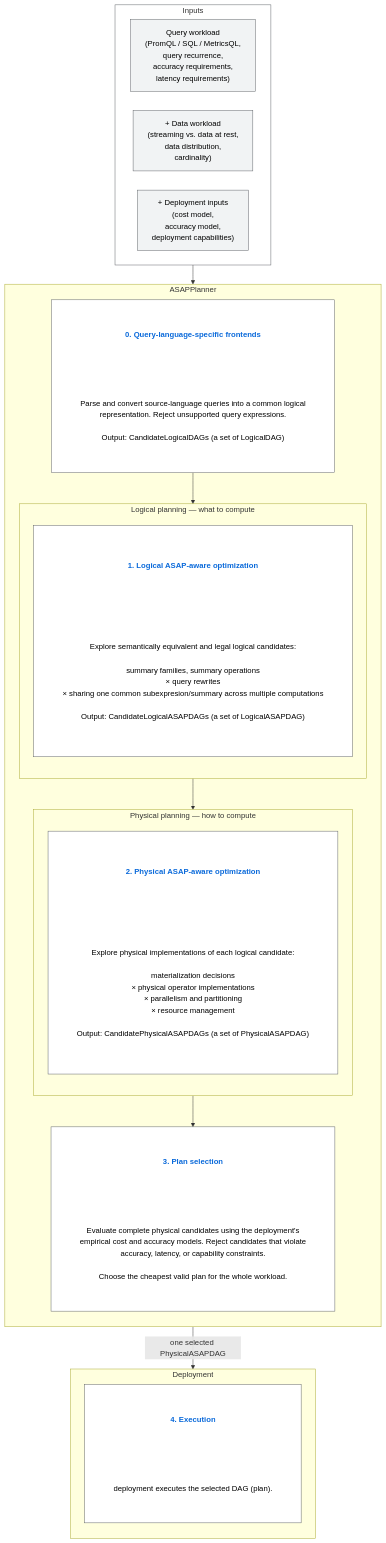
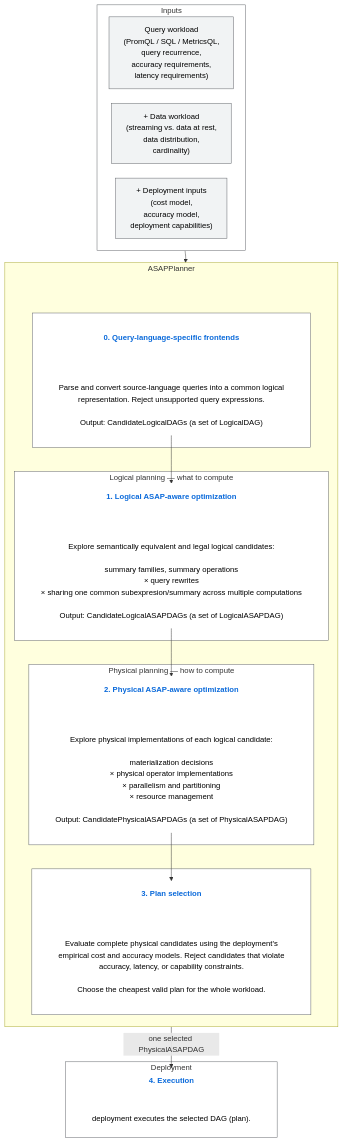
The first of 11 diagrams in docs/design_docs/proposals/planner-layering.md (ProjectASAP/ASAPPlanner), drawn with Mermaid before and after one commit.

Commit message:
docs: put the overview figure's Inputs box on top with its three inputs side by side

````diff
--- a/docs/design_docs/proposals/planner-layering.md
+++ b/docs/design_docs/proposals/planner-layering.md
@@ -186,78 +186,72 @@
 ```mermaid
-%%{init: {"flowchart": {"wrappingWidth": 900, "nodeSpacing": 40, "rankSpacing": 40}}}%%
+%%{init: {"flowchart": {"wrappingWidth": 900, "nodeSpacing": 30, "rankSpacing": 25}}}%%
 flowchart TB
   subgraph INPUTS["Inputs"]
     direction LR
     QW["Query workload<br/>(PromQL / SQL / MetricsQL,<br/>query recurrence,<br/>accuracy requirements,<br/>latency requirements)"]:::input
     DW["+ Data workload<br/>(streaming vs. data at rest,<br/>data distribution,<br/>cardinality)"]:::input
     DI["+ Deployment inputs<br/>(cost model,<br/>accuracy model,<br/>deployment capabilities)"]:::input
   end
 
   subgraph PLANNER["ASAPPlanner"]
     direction TB
+    TOP[" "]:::anchor
+    TOP ~~~ H0
     subgraph ST0[" "]
-      direction TB
       H0["0. Query-language-specific frontends"]:::title
       B0["Parse and convert source-language queries into a common logical<br/>representation. Reject unsupported query expressions.<br/><br/>Output: CandidateLogicalDAGs (a set of LogicalDAG)"]:::body
       H0 ~~~ B0
     end
 
     subgraph LOGICAL["Logical planning — what to compute"]
-      direction TB
-      subgraph ST1[" "]
-        direction TB
-        H1["1. Logical ASAP-aware optimization"]:::title
-        B1["Explore semantically equivalent and legal logical candidates:<br/><br/>summary families, summary operations<br/>× query rewrites<br/>× sharing one common subexpresion/summary across multiple computations<br/><br/>Output: CandidateLogicalASAPDAGs (a set of LogicalASAPDAG)"]:::body
-        H1 ~~~ B1
-      end
+      H1["1. Logical ASAP-aware optimization"]:::title
+      B1["Explore semantically equivalent and legal logical candidates:<br/><br/>summary families, summary operations<br/>× query rewrites<br/>× sharing one common subexpresion/summary across multiple computations<br/><br/>Output: CandidateLogicalASAPDAGs (a set of LogicalASAPDAG)"]:::body
+      H1 ~~~ B1
     end
 
     subgraph PHYSICAL["Physical planning — how to compute"]
-      direction TB
-      subgraph ST2[" "]
-        direction TB
-        H2["2. Physical ASAP-aware optimization"]:::title
-        B2["Explore physical implementations of each logical candidate:<br/><br/>materialization decisions<br/>× physical operator implementations<br/>× parallelism and partitioning<br/>× resource management<br/><br/>Output: CandidatePhysicalASAPDAGs (a set of PhysicalASAPDAG)"]:::body
-        H2 ~~~ B2
-      end
+      H2["2. Physical ASAP-aware optimization"]:::title
+      B2["Explore physical implementations of each logical candidate:<br/><br/>materialization decisions<br/>× physical operator implementations<br/>× parallelism and partitioning<br/>× resource management<br/><br/>Output: CandidatePhysicalASAPDAGs (a set of PhysicalASAPDAG)"]:::body
+      H2 ~~~ B2
     end
 
     subgraph ST3[" "]
-      direction TB
       H3["3. Plan selection"]:::title
       B3["Evaluate complete physical candidates using the deployment's<br/>empirical cost and accuracy models. Reject candidates that violate<br/>accuracy, latency, or capability constraints.<br/><br/>Choose the cheapest valid plan for the whole workload."]:::body
       H3 ~~~ B3
     end
 
-    ST0 --> LOGICAL --> PHYSICAL --> ST3
+    B0 --> H1
+    B1 --> H2
+    B2 --> H3
   end
 
   subgraph DEPLOY["Deployment"]
-    direction TB
-    subgraph ST4[" "]
-      direction TB
-      H4["4. Execution"]:::title
-      B4["deployment executes the selected DAG (plan)."]:::body
-      H4 ~~~ B4
-    end
+    H4["4. Execution"]:::title
+    B4["deployment executes the selected DAG (plan)."]:::body
+    H4 ~~~ B4
   end
 
-  INPUTS --> PLANNER
-  ST3 -- "one selected PhysicalASAPDAG" --> DEPLOY
+  QW ~~~ TOP
+  DW ~~~ TOP
+  DI ~~~ TOP
+  INPUTS --> TOP
+  B3 -- "one selected PhysicalASAPDAG" --> H4
 
   click H0 href "#0-language-specific-frontends"
   click H1 href "#1-logical-asap-aware-optimization"
   click H2 href "#2-physical-asap-aware-optimization"
   click H3 href "#3-plan-selection"
   click H4 href "#4-execution"
 
   classDef input fill:#f1f3f4,stroke:#5f6368,color:#000;
   classDef title fill:none,stroke:none,color:#0969da,font-weight:bold;
+  classDef anchor fill:none,stroke:none,font-size:1px;
   classDef body fill:none,stroke:none,color:#000;
   style INPUTS fill:#fff,stroke:#5f6368;
   style ST0 fill:#fff,stroke:#5f6368;
-  style ST1 fill:#fff,stroke:#5f6368;
-  style ST2 fill:#fff,stroke:#5f6368;
+  style LOGICAL fill:#fff,stroke:#5f6368;
+  style PHYSICAL fill:#fff,stroke:#5f6368;
   style ST3 fill:#fff,stroke:#5f6368;
-  style ST4 fill:#fff,stroke:#5f6368;
+  style DEPLOY fill:#fff,stroke:#5f6368;
 ```
````
